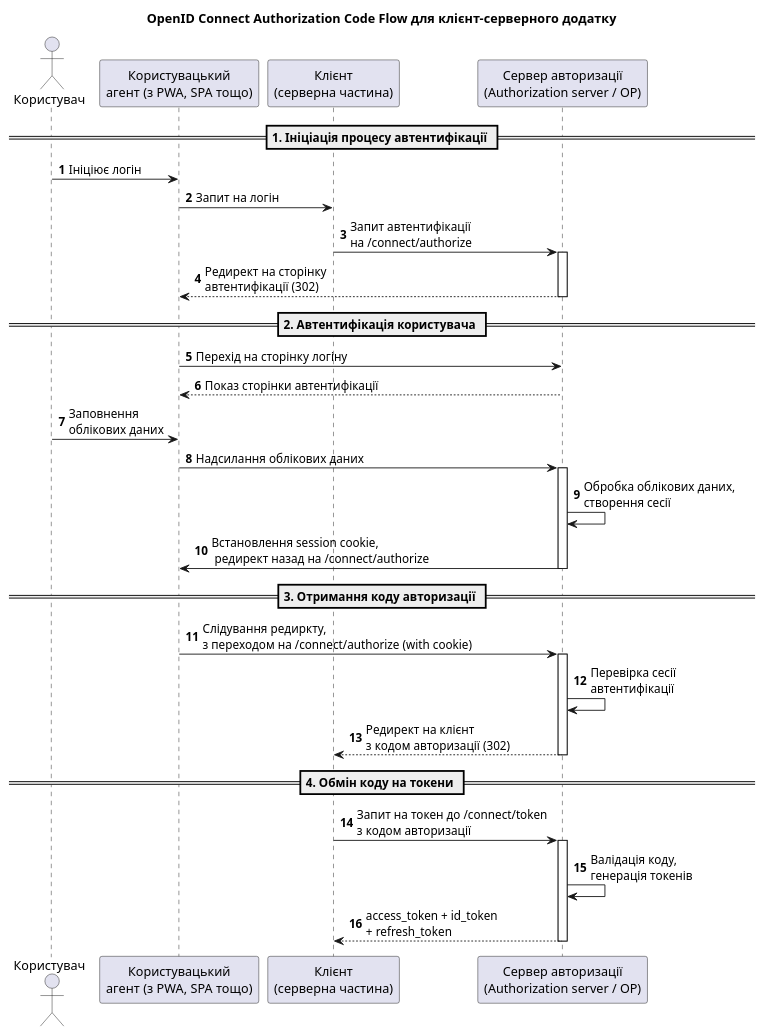
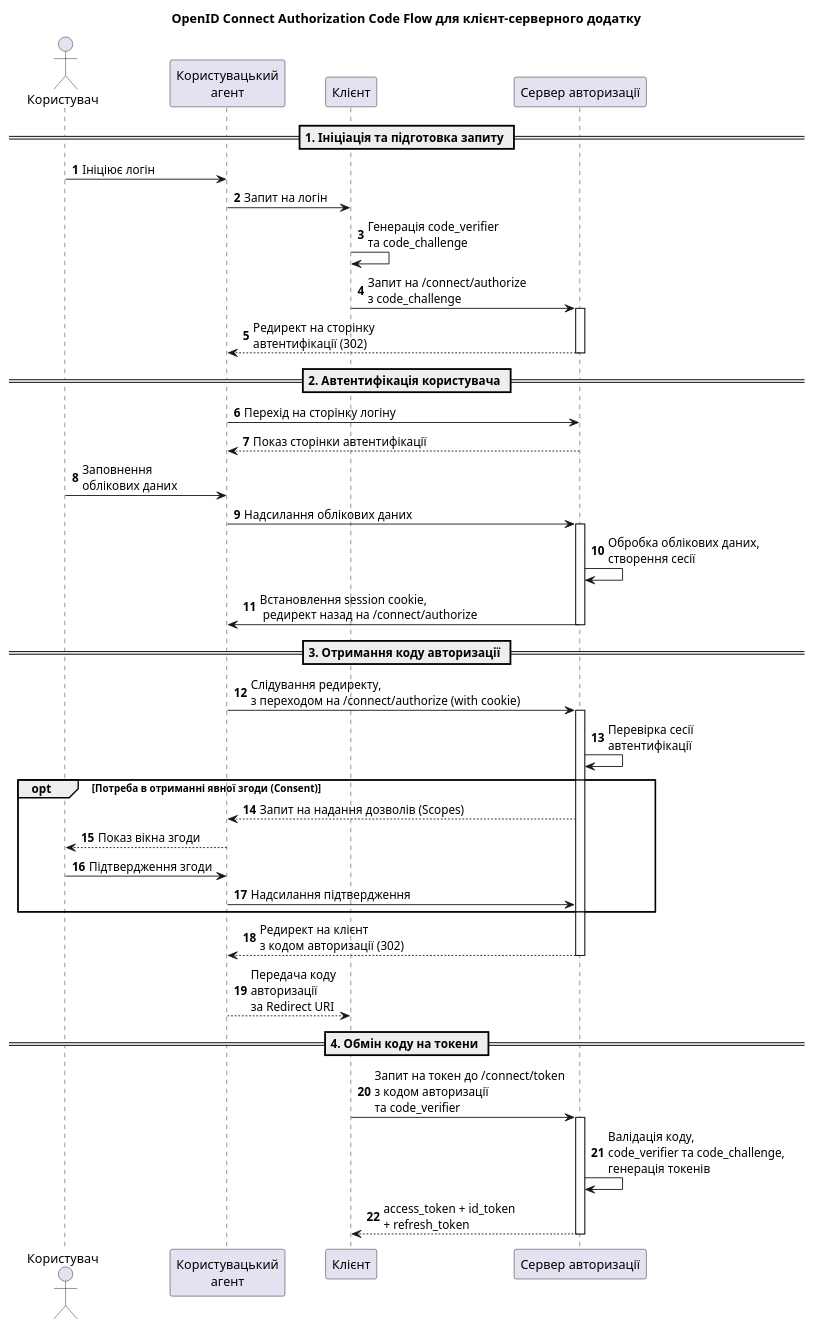
Before and after one commit to AyTee001/AuthProvider: the diagram in Docs/sequence_diagram.puml, drawn with PlantUML.

Commit message:
refine sequence diagram

```diff
--- a/Docs/sequence_diagram.puml
+++ b/Docs/sequence_diagram.puml
@@ -1,43 +1,53 @@
 @startuml name "Sequence_OIDC"
 title "OpenID Connect Authorization Code Flow для клієнт-серверного додатку"
 
 actor "Користувач" as User
-participant "Користувацький\nагент (з PWA, SPA тощо)" as UserAgent
-participant "Клієнт\n(серверна частина)" as Client
-participant "Сервер авторизації\n(Authorization server / OP)" as OP
+participant "Користувацький\nагент" as UserAgent
+participant "Клієнт" as Client
+participant "Сервер авторизації" as OP
 
 autonumber
 
-== 1. Ініціація процесу автентифікації ==
+== 1. Ініціація та підготовка запиту ==
 User -> UserAgent: Ініціює логін
 UserAgent -> Client: Запит на логін
-Client -> OP: Запит автентифікації\nна /connect/authorize
+Client -> Client: Генерація code_verifier\nта code_challenge
+Client -> OP: Запит на /connect/authorize\nз code_challenge
 activate OP
 OP --> UserAgent: Редирект на сторінку\nавтентифікації (302)
 deactivate OP
 
 == 2. Автентифікація користувача ==
 UserAgent -> OP: Перехід на сторінку логіну
 OP --> UserAgent: Показ сторінки автентифікації
 User -> UserAgent: Заповнення\nоблікових даних
 UserAgent -> OP: Надсилання облікових даних
 activate OP
 OP -> OP: Обробка облікових даних,\nстворення сесії
 OP -> UserAgent: Встановлення session cookie,\n редирект назад на /connect/authorize
 deactivate OP
 
 == 3. Отримання коду авторизації ==
-UserAgent -> OP: Слідування редиркту, \nз переходом на /connect/authorize (with cookie)
+UserAgent -> OP: Слідування редиректу, \nз переходом на /connect/authorize (with cookie)
 activate OP
 OP -> OP: Перевірка сесії\nавтентифікації
-OP --> Client: Редирект на клієнт\nз кодом авторизації (302)
+
+opt Потреба в отриманні явної згоди (Consent)
+    OP --> UserAgent: Запит на надання дозволів (Scopes)
+    UserAgent --> User: Показ вікна згоди
+    User -> UserAgent: Підтвердження згоди
+    UserAgent -> OP: Надсилання підтвердження
+end
+
+OP --> UserAgent: Редирект на клієнт\nз кодом авторизації (302)
 deactivate OP
+UserAgent --> Client: Передача коду\nавторизації\nза Redirect URI
 
 == 4. Обмін коду на токени ==
-Client -> OP: Запит на токен до /connect/token\nз кодом авторизації
+Client -> OP: Запит на токен до /connect/token\nз кодом авторизації\nта code_verifier
 activate OP
-OP -> OP: Валідація коду,\nгенерація токенів
+OP -> OP: Валідація коду,\ncode_verifier та code_challenge,\nгенерація токенів
 OP --> Client: access_token + id_token\n+ refresh_token
 deactivate OP
 
 @enduml
```
